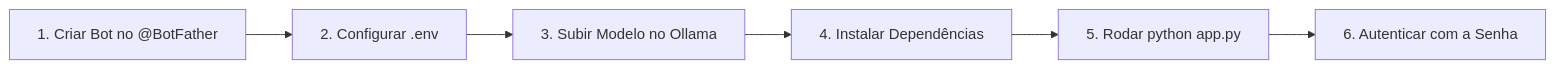
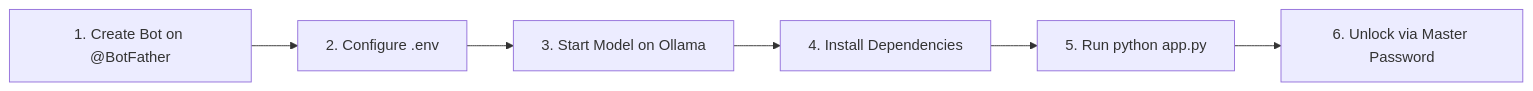
One commit to Levirbs/local-llm-telegram-bot changed the diagram in README.md. Above: the diagram before and after it, drawn with Mermaid. The commit also changed other lines of this file and 3 other files, not shown here.

````diff
--- a/README.md
+++ b/README.md
@@ -51,8 +53,8 @@
 ```mermaid
 flowchart LR
-    A["1. Criar Bot no @BotFather"] --> B["2. Configurar .env"]
-    B --> C["3. Subir Modelo no Ollama"]
-    C --> D["4. Instalar Dependências"]
-    D --> E["5. Rodar python app.py"]
-    E --> F["6. Autenticar com a Senha"]
+    A["1. Create Bot on @BotFather"] --> B["2. Configure .env"]
+    B --> C["3. Start Model on Ollama"]
+    C --> D["4. Install Dependencies"]
+    D --> E["5. Run python app.py"]
+    E --> F["6. Unlock via Master Password"]
 ```
````
